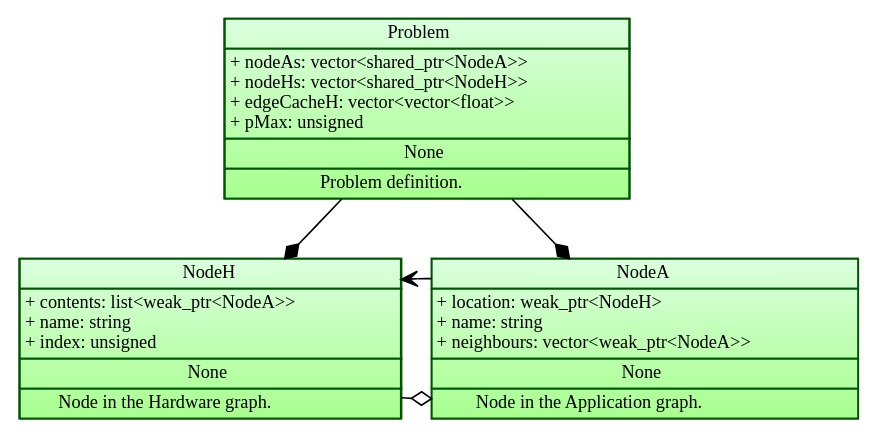
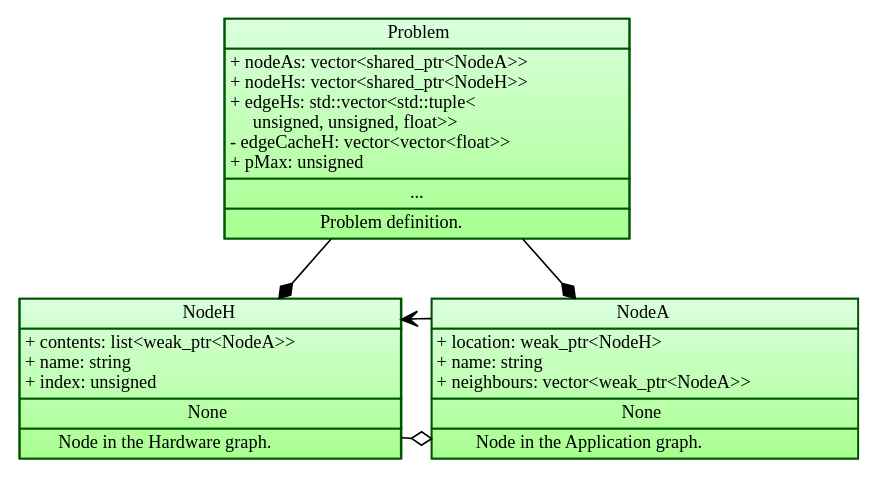
One commit to mvousden/psap changed the diagram in doc/source/implementation.rst. Above: the diagram before and after it, drawn with Graphviz. The commit also changed other lines of this file and 5 other files, not shown here.

```diff
--- a/doc/source/implementation.rst
+++ b/doc/source/implementation.rst
@@ -252,11 +252,13 @@
    <TR><TD ALIGN="LEFT">
    + nodeAs: vector&lt;shared_ptr&lt;NodeA&gt;&gt;<BR ALIGN="LEFT"/>
    + nodeHs: vector&lt;shared_ptr&lt;NodeH&gt;&gt;<BR ALIGN="LEFT"/>
-   + edgeCacheH: vector&lt;vector&lt;float&gt;&gt;<BR ALIGN="LEFT"/>
+   + edgeHs: std::vector&lt;std::tuple&lt;<BR ALIGN="LEFT"/>
+         unsigned, unsigned, float&gt;&gt;<BR ALIGN="LEFT"/>
+   - edgeCacheH: vector&lt;vector&lt;float&gt;&gt;<BR ALIGN="LEFT"/>
    + pMax: unsigned<BR ALIGN="LEFT"/>
    </TD></TR>
    <TR><TD ALIGN="TEXT">
-   None<BR ALIGN="TEXT"/>
+   ...<BR ALIGN="TEXT"/>
    </TD></TR>
    <TR><TD ALIGN="TEXT">
    Problem definition.<BR ALIGN="TEXT"/>
```
